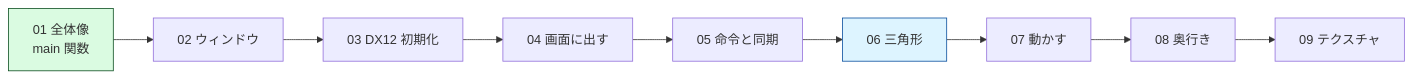
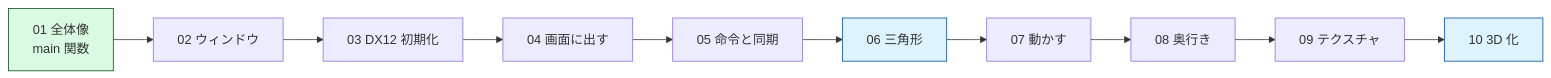
One commit to Tomonorarari-Think/DirectX12Dev changed the diagram in docs/tutorial/README.md. Above: the diagram before and after it, drawn with Mermaid. The commit also changed other lines of this file and 23 other files, not shown here.

````diff
--- a/docs/tutorial/README.md
+++ b/docs/tutorial/README.md
@@ -33,14 +34,16 @@
 ```mermaid
 flowchart LR
     A["01 全体像<br/>main 関数"] --> B["02 ウィンドウ"]
     B --> C["03 DX12 初期化"]
     C --> D["04 画面に出す"]
     D --> E["05 命令と同期"]
     E --> F["06 三角形"]
     F --> G["07 動かす"]
     G --> H["08 奥行き"]
     H --> I["09 テクスチャ"]
+    I --> J["10 3D 化"]
 
     style A fill:#dafbe1,stroke:#0d4f21
     style F fill:#ddf4ff,stroke:#0a4f9e
+    style J fill:#ddf4ff,stroke:#0a4f9e
 ```
````
